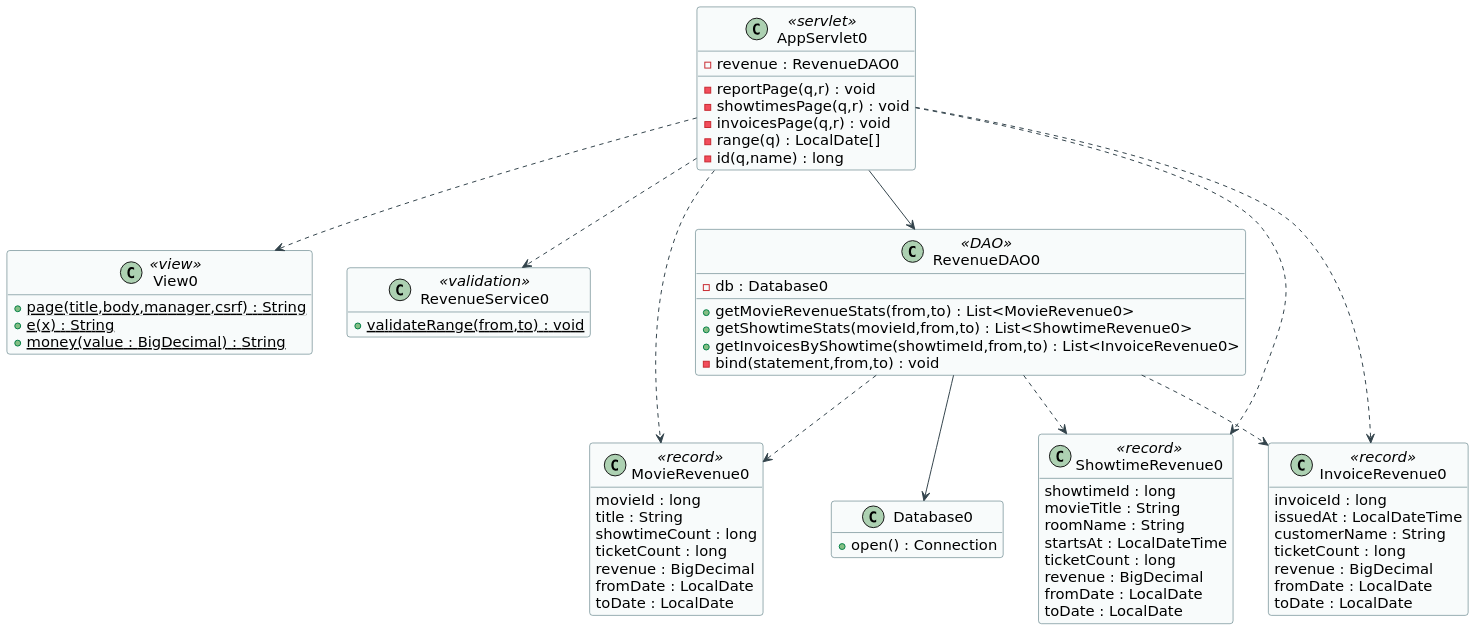
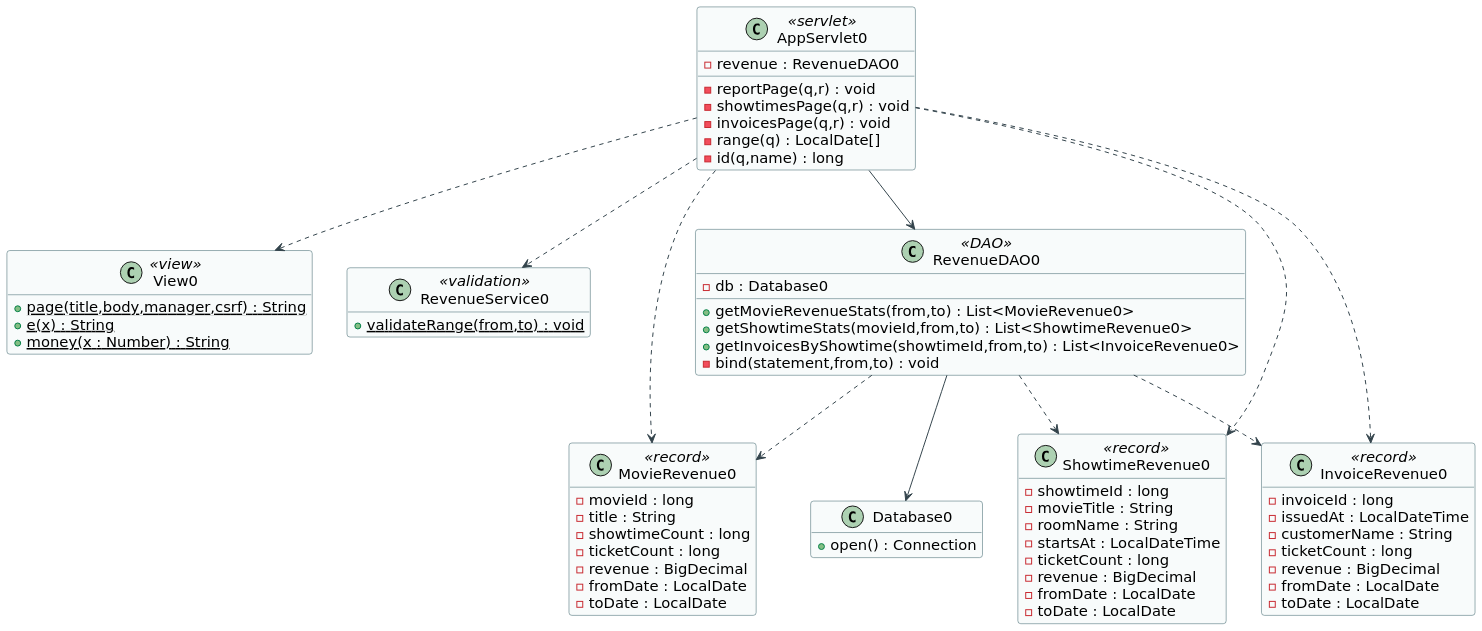
One commit to tinhatinh/PTTK changed the diagram in uml/thiet-ke/08-revenue-design.puml. Above: the diagram before and after it, drawn with PlantUML. The commit also changed 60 other files, not shown here.

Commit message:
Align interface designs with live application and review UML report

```diff
--- a/uml/thiet-ke/08-revenue-design.puml
+++ b/uml/thiet-ke/08-revenue-design.puml
@@ -1,79 +1,79 @@
 @startuml 08-revenue-design
 skinparam defaultFontName DejaVu Sans
 skinparam defaultFontSize 15
 skinparam shadowing false
 skinparam backgroundColor white
 skinparam ArrowColor #33444C
 skinparam classBackgroundColor #F8FBFB
 skinparam classBorderColor #335D64
 skinparam packageBorderColor #60757D
 skinparam roundcorner 6
 skinparam dpi 150
 skinparam maxMessageSize 180
 hide empty members
 top to bottom direction
 class AppServlet0 <<servlet>> {
  -revenue : RevenueDAO0
  -reportPage(q,r) : void
  -showtimesPage(q,r) : void
  -invoicesPage(q,r) : void
  -range(q) : LocalDate[]
  -id(q,name) : long
 }
 class View0 <<view>> {
  +{static} page(title,body,manager,csrf) : String
  +{static} e(x) : String
- +{static} money(value : BigDecimal) : String
+ +{static} money(x : Number) : String
 }
 class RevenueService0 <<validation>> {
  +{static} validateRange(from,to) : void
 }
 class RevenueDAO0 <<DAO>> {
  -db : Database0
  +getMovieRevenueStats(from,to) : List<MovieRevenue0>
  +getShowtimeStats(movieId,from,to) : List<ShowtimeRevenue0>
  +getInvoicesByShowtime(showtimeId,from,to) : List<InvoiceRevenue0>
  -bind(statement,from,to) : void
 }
 class Database0 {
  +open() : Connection
 }
 class MovieRevenue0 <<record>> {
- movieId : long
-title : String
-showtimeCount : long
-ticketCount : long
-revenue : BigDecimal
-fromDate : LocalDate
-toDate : LocalDate
+-movieId : long
+-title : String
+-showtimeCount : long
+-ticketCount : long
+-revenue : BigDecimal
+-fromDate : LocalDate
+-toDate : LocalDate
 }
 class ShowtimeRevenue0 <<record>> {
- showtimeId : long
-movieTitle : String
-roomName : String
-startsAt : LocalDateTime
-ticketCount : long
-revenue : BigDecimal
-fromDate : LocalDate
-toDate : LocalDate
+-showtimeId : long
+-movieTitle : String
+-roomName : String
+-startsAt : LocalDateTime
+-ticketCount : long
+-revenue : BigDecimal
+-fromDate : LocalDate
+-toDate : LocalDate
 }
 class InvoiceRevenue0 <<record>> {
- invoiceId : long
-issuedAt : LocalDateTime
-customerName : String
-ticketCount : long
-revenue : BigDecimal
-fromDate : LocalDate
-toDate : LocalDate
+-invoiceId : long
+-issuedAt : LocalDateTime
+-customerName : String
+-ticketCount : long
+-revenue : BigDecimal
+-fromDate : LocalDate
+-toDate : LocalDate
 }
 AppServlet0 ..> View0
 AppServlet0 ..> MovieRevenue0
 AppServlet0 ..> ShowtimeRevenue0
 AppServlet0 ..> InvoiceRevenue0
 AppServlet0 ..> RevenueService0
 AppServlet0 --> RevenueDAO0
 RevenueDAO0 --> Database0
 RevenueDAO0 ..> MovieRevenue0
 RevenueDAO0 ..> ShowtimeRevenue0
 RevenueDAO0 ..> InvoiceRevenue0
 @enduml
```
